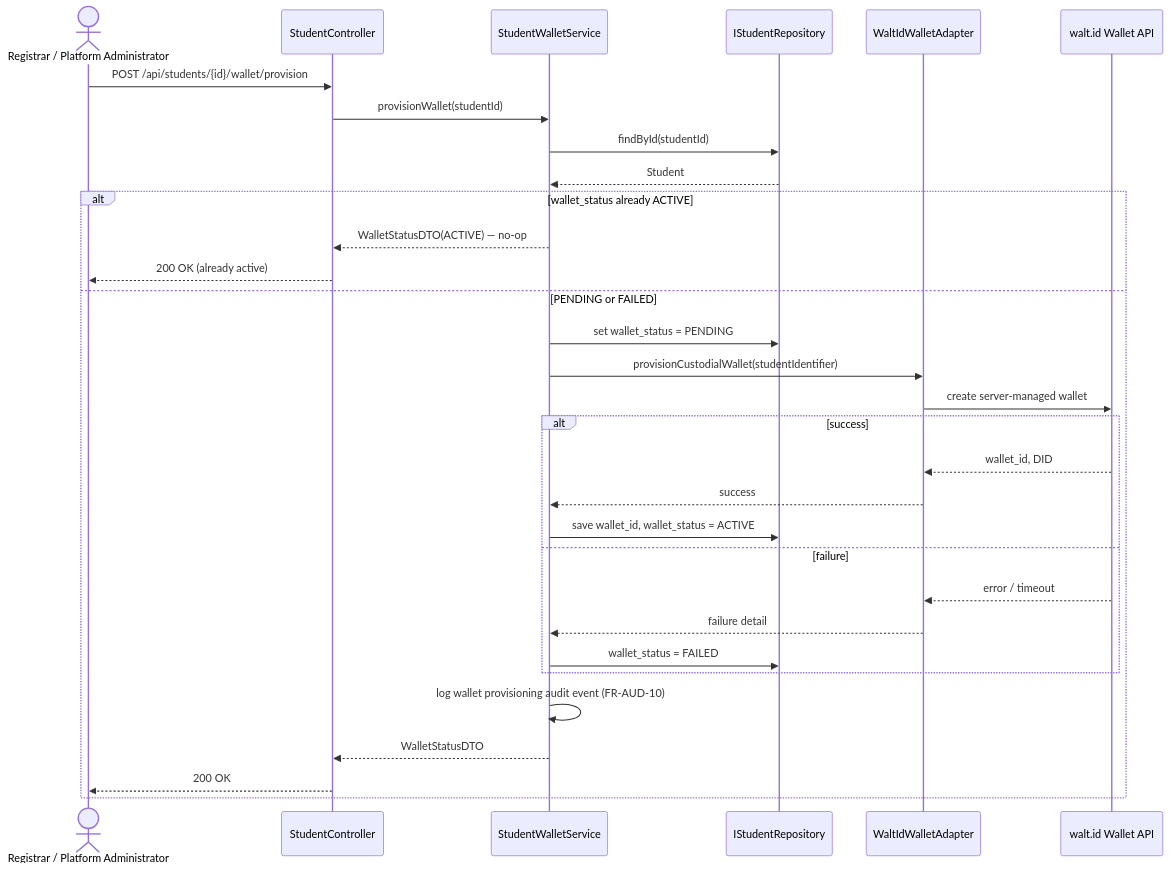
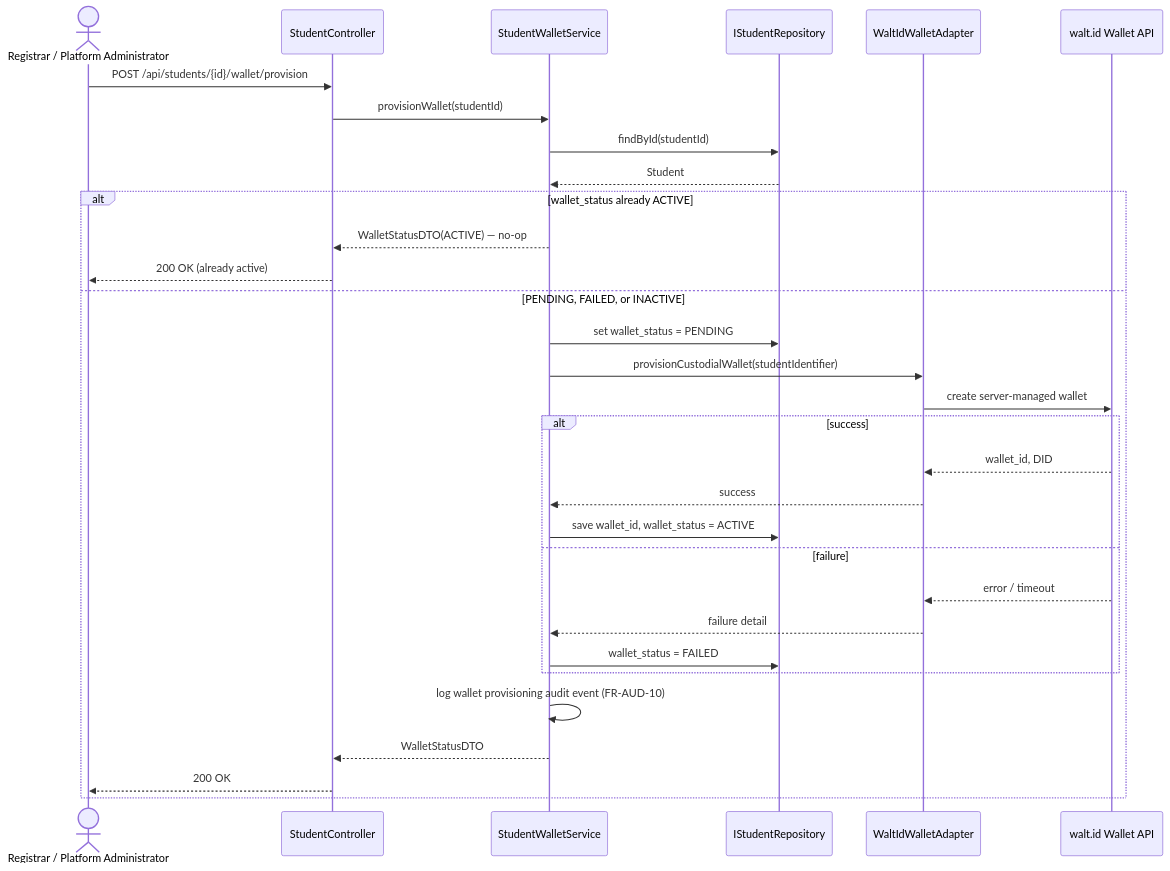
The fourth of 15 diagrams in docs/03-design/Sequence_Diagram.md (huypengin/UniDipVeri), drawn with Mermaid before and after one commit. The commit also changed other lines of this file and 8 other files, not shown here.

````diff
--- a/docs/03-design/Sequence_Diagram.md
+++ b/docs/03-design/Sequence_Diagram.md
@@ -155,37 +155,37 @@
 ```mermaid
 sequenceDiagram
     actor Staff as Registrar / Platform Administrator
     participant STC as StudentController
     participant WS as StudentWalletService
     participant SRepo as IStudentRepository
     participant WA as WaltIdWalletAdapter
     participant Walt as walt.id Wallet API
 
     Staff->>STC: POST /api/students/{id}/wallet/provision
     STC->>WS: provisionWallet(studentId)
     WS->>SRepo: findById(studentId)
     SRepo-->>WS: Student
 
     alt wallet_status already ACTIVE
         WS-->>STC: WalletStatusDTO(ACTIVE) — no-op
         STC-->>Staff: 200 OK (already active)
-    else PENDING or FAILED
+    else PENDING, FAILED, or INACTIVE
         WS->>SRepo: set wallet_status = PENDING
         WS->>WA: provisionCustodialWallet(studentIdentifier)
         WA->>Walt: create server-managed wallet
 
         alt success
             Walt-->>WA: wallet_id, DID
             WA-->>WS: success
             WS->>SRepo: save wallet_id, wallet_status = ACTIVE
         else failure
             Walt-->>WA: error / timeout
             WA-->>WS: failure detail
             WS->>SRepo: wallet_status = FAILED
         end
 
         WS->>WS: log wallet provisioning audit event (FR-AUD-10)
         WS-->>STC: WalletStatusDTO
         STC-->>Staff: 200 OK
     end
 ```
````
